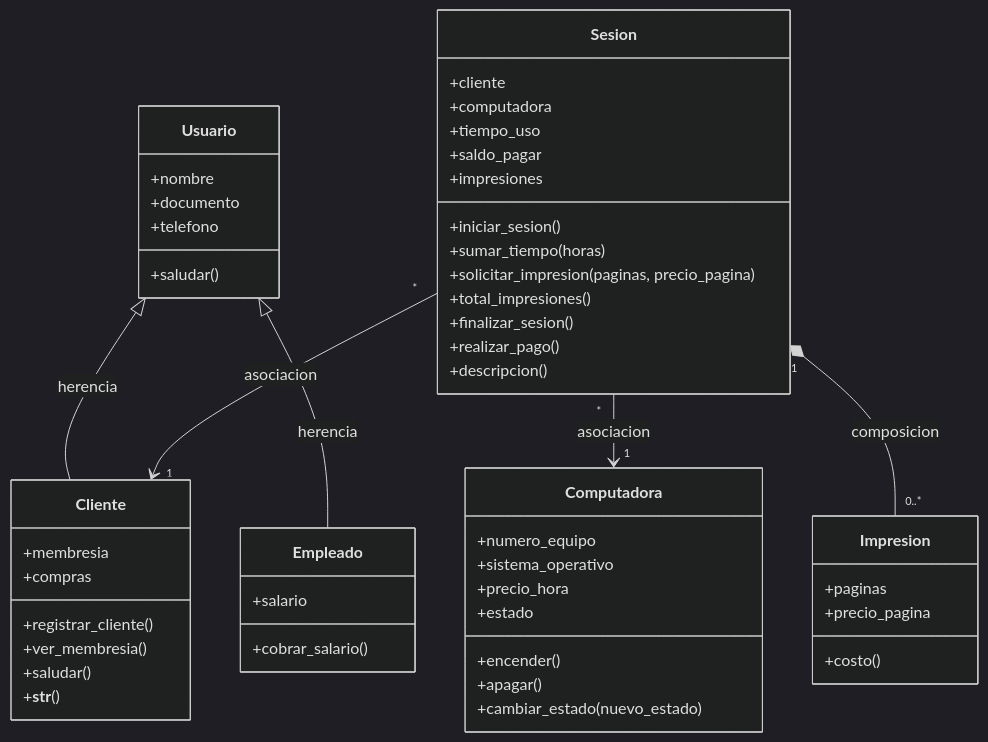
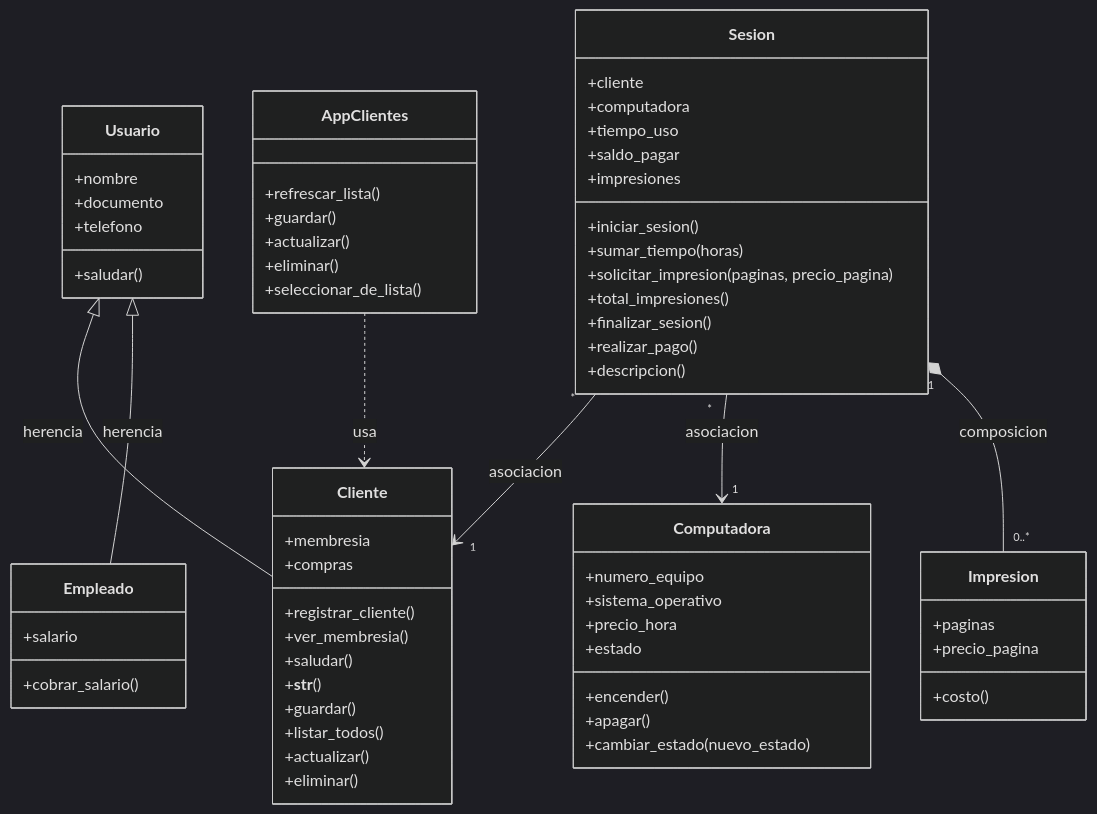
The diagram in README.md (Carlos00692/Programaci-n_Orientada_Objetos), drawn with Mermaid (dark theme) before and after one commit. The commit also changed other lines of this file, not shown here.

````diff
--- a/README.md
+++ b/README.md
@@ -80,55 +100,67 @@
 ```mermaid
 classDiagram
     class Usuario {
         +nombre
         +documento
         +telefono
         +saludar()
     }
     class Cliente {
         +membresia
         +compras
         +registrar_cliente()
         +ver_membresia()
         +saludar()
         +__str__()
+        +guardar()
+        +listar_todos()
+        +actualizar()
+        +eliminar()
     }
     class Empleado {
         +salario
         +cobrar_salario()
     }
     class Computadora {
         +numero_equipo
         +sistema_operativo
         +precio_hora
         +estado
         +encender()
         +apagar()
         +cambiar_estado(nuevo_estado)
     }
     class Sesion {
         +cliente
         +computadora
         +tiempo_uso
         +saldo_pagar
         +impresiones
         +iniciar_sesion()
         +sumar_tiempo(horas)
         +solicitar_impresion(paginas, precio_pagina)
         +total_impresiones()
         +finalizar_sesion()
         +realizar_pago()
         +descripcion()
     }
     class Impresion {
         +paginas
         +precio_pagina
         +costo()
     }
+    class AppClientes {
+        +refrescar_lista()
+        +guardar()
+        +actualizar()
+        +eliminar()
+        +seleccionar_de_lista()
+    }
 
     Usuario <|-- Cliente : herencia
     Usuario <|-- Empleado : herencia
     Sesion "*" --> "1" Cliente : asociacion
     Sesion "*" --> "1" Computadora : asociacion
     Sesion "1" *-- "0..*" Impresion : composicion
+    AppClientes ..> Cliente : usa
 ```
````
